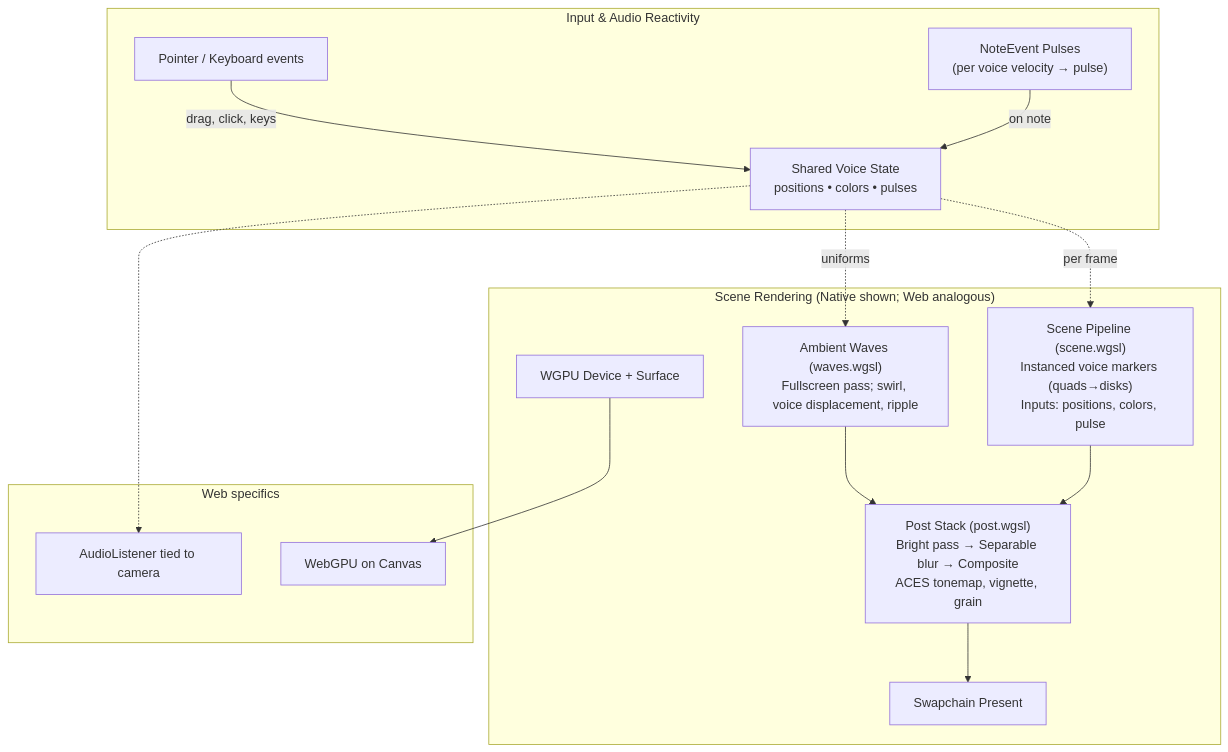
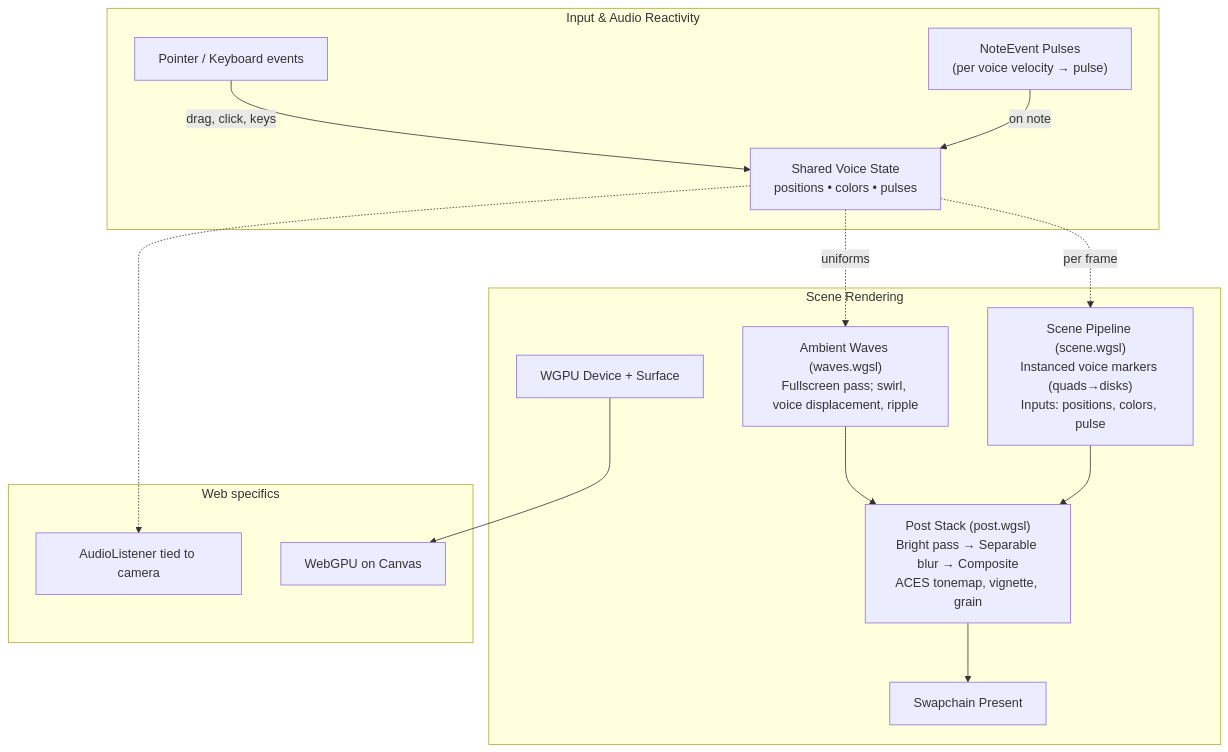
One commit to rgilks/geno-1 changed the diagram in docs/diagrams/visual.md. Above: the diagram before and after it, drawn with Mermaid. The commit also changed other lines of this file and 6 other files, not shown here.

Commit message:
docs: purge remaining native references; update diagrams and comments for web-only focus

````diff
--- a/docs/diagrams/visual.md
+++ b/docs/diagrams/visual.md
@@ -5,31 +5,31 @@
 ```mermaid
 graph TD
-  %% Visual pipelines (Web + Native)
+  %% Visual pipeline (Web)
   subgraph "Input & Audio Reactivity"
     I1["Pointer / Keyboard events"]
     I2["NoteEvent Pulses\n(per voice velocity → pulse)"]
     I3["Shared Voice State\npositions • colors • pulses"]
     I1 -->|drag, click, keys| I3
     I2 -->|on note| I3
   end
 
-  subgraph "Scene Rendering (Native shown; Web analogous)"
+  subgraph "Scene Rendering"
     R0["WGPU Device + Surface"]
     R1["Scene Pipeline (scene.wgsl)\nInstanced voice markers (quads→disks)\nInputs: positions, colors, pulse"]
     R2["Ambient Waves (waves.wgsl)\nFullscreen pass; swirl, voice displacement, ripple"]
     R3["Post Stack (post.wgsl)\nBright pass → Separable blur → Composite\nACES tonemap, vignette, grain"]
     R4["Swapchain Present"]
     I3 -.->|per frame| R1
     I3 -.->|uniforms| R2
     R1 --> R3
     R2 --> R3
     R3 --> R4
   end
 
   subgraph "Web specifics"
     WGPU["WebGPU on Canvas"]
     AC["AudioListener tied to camera"]
     R0 --> WGPU
     I3 -.-> AC
   end
 ```
````
